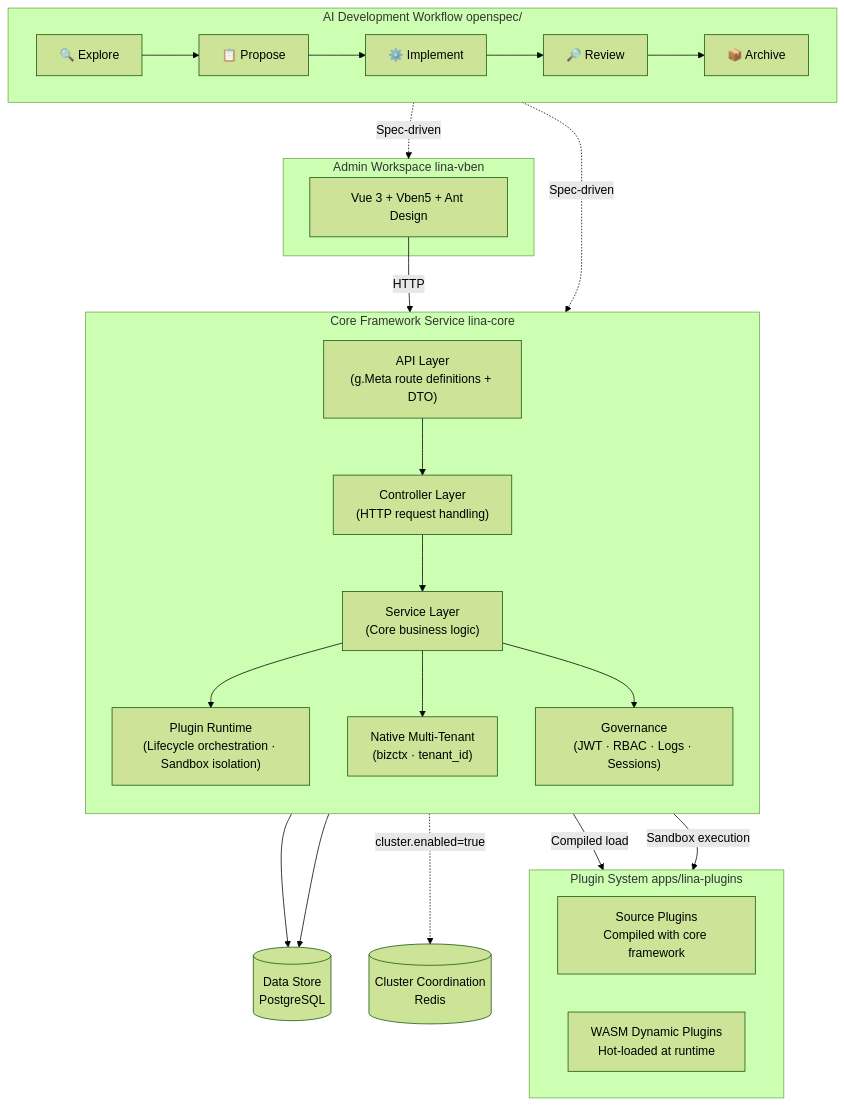
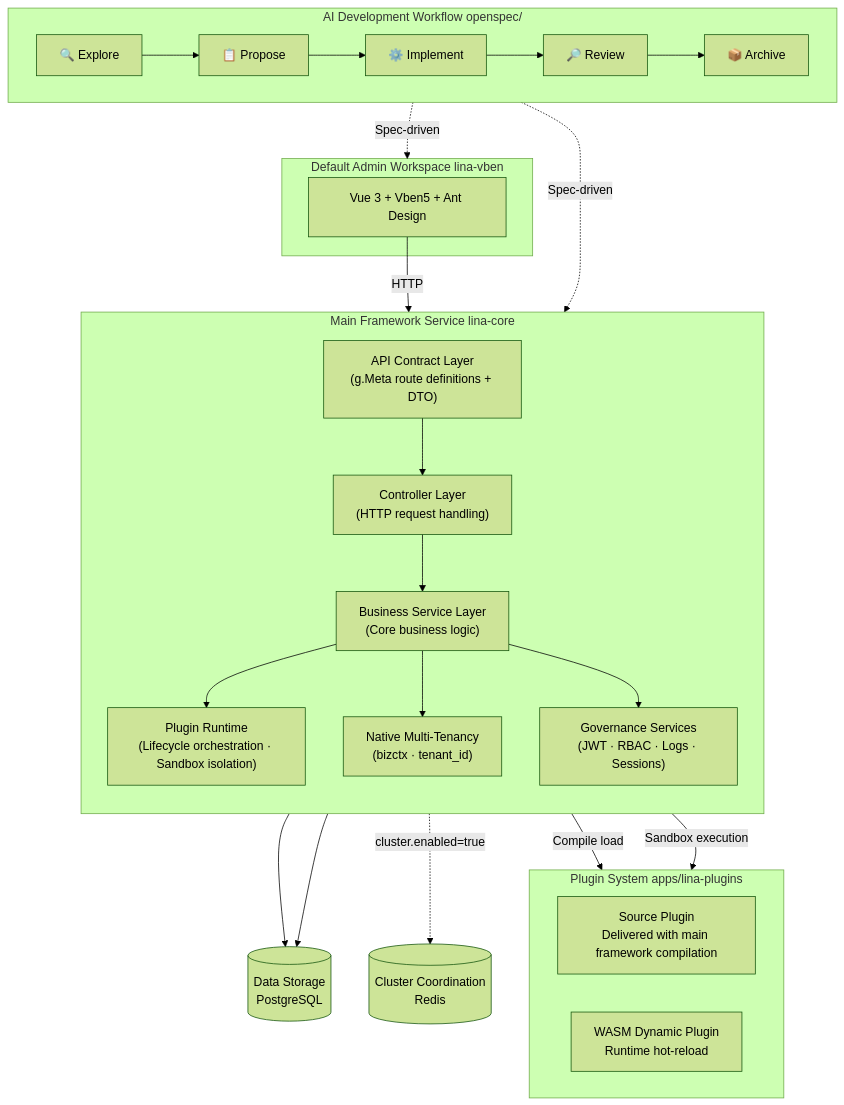
The diagram in apps/lina-site/i18n/en/docusaurus-plugin-content-docs/current/quick/1000-overview.md (linaproai/linapro-site), drawn with Mermaid (forest theme) before and after one commit. The commit also changed other lines of this file and 56 other files, not shown here.

Commit message:
Refactor documentation for tenant and user capabilities; enhance clarity and consistency in descriptions, method names, and usage examples. Update overview and architecture sections for improved readability and coherence. Adjust demo instructions and project positioning for better user guidance.

````diff
--- a/apps/lina-site/i18n/en/docusaurus-plugin-content-docs/current/quick/1000-overview.md
+++ b/apps/lina-site/i18n/en/docusaurus-plugin-content-docs/current/quick/1000-overview.md
@@ -87,43 +85,43 @@
 ```mermaid
 graph TB
     subgraph Workflow["AI Development Workflow  openspec/"]
         direction LR
         Explore["🔍 Explore"] --> Propose["📋 Propose"] --> Implement["⚙️ Implement"] --> Review["🔎 Review"] --> Archive["📦 Archive"]
     end
 
-    subgraph Frontend["Admin Workspace  lina-vben"]
+    subgraph Frontend["Default Admin Workspace  lina-vben"]
         UI["Vue 3 + Vben5 + Ant Design"]
     end
 
-    subgraph Host["Core Framework Service  lina-core"]
+    subgraph Host["Main Framework Service  lina-core"]
         direction TB
-        API["API Layer\n(g.Meta route definitions + DTO)"]
+        API["API Contract Layer\n(g.Meta route definitions + DTO)"]
         Ctrl["Controller Layer\n(HTTP request handling)"]
-        Svc["Service Layer\n(Core business logic)"]
+        Svc["Business Service Layer\n(Core business logic)"]
         Plugin["Plugin Runtime\n(Lifecycle orchestration · Sandbox isolation)"]
-        Tenant["Native Multi-Tenant\n(bizctx · tenant_id)"]
-        Gov["Governance\n(JWT · RBAC · Logs · Sessions)"]
+        Tenant["Native Multi-Tenancy\n(bizctx · tenant_id)"]
+        Gov["Governance Services\n(JWT · RBAC · Logs · Sessions)"]
         API --> Ctrl --> Svc
         Svc --> Plugin
         Svc --> Tenant
         Svc --> Gov
     end
 
     subgraph Plugins["Plugin System  apps/lina-plugins"]
         direction LR
-        Source["Source Plugins\nCompiled with core framework"]
-        Dynamic["WASM Dynamic Plugins\nHot-loaded at runtime"]
+        Source["Source Plugin\nDelivered with main framework compilation"]
+        Dynamic["WASM Dynamic Plugin\nRuntime hot-reload"]
     end
 
-    DB[("Data Store\nPostgreSQL")]
+    DB[("Data Storage\nPostgreSQL")]
     Redis[("Cluster Coordination\nRedis")]
 
     Workflow -.->|Spec-driven| Frontend
     Workflow -.->|Spec-driven| Host
     UI -->|HTTP| API
-    Plugin -->|Compiled load| Source
+    Plugin -->|Compile load| Source
     Plugin -->|Sandbox execution| Dynamic
     Svc --> DB
     Gov --> DB
     Svc -.->|cluster.enabled=true| Redis
 ```
````
